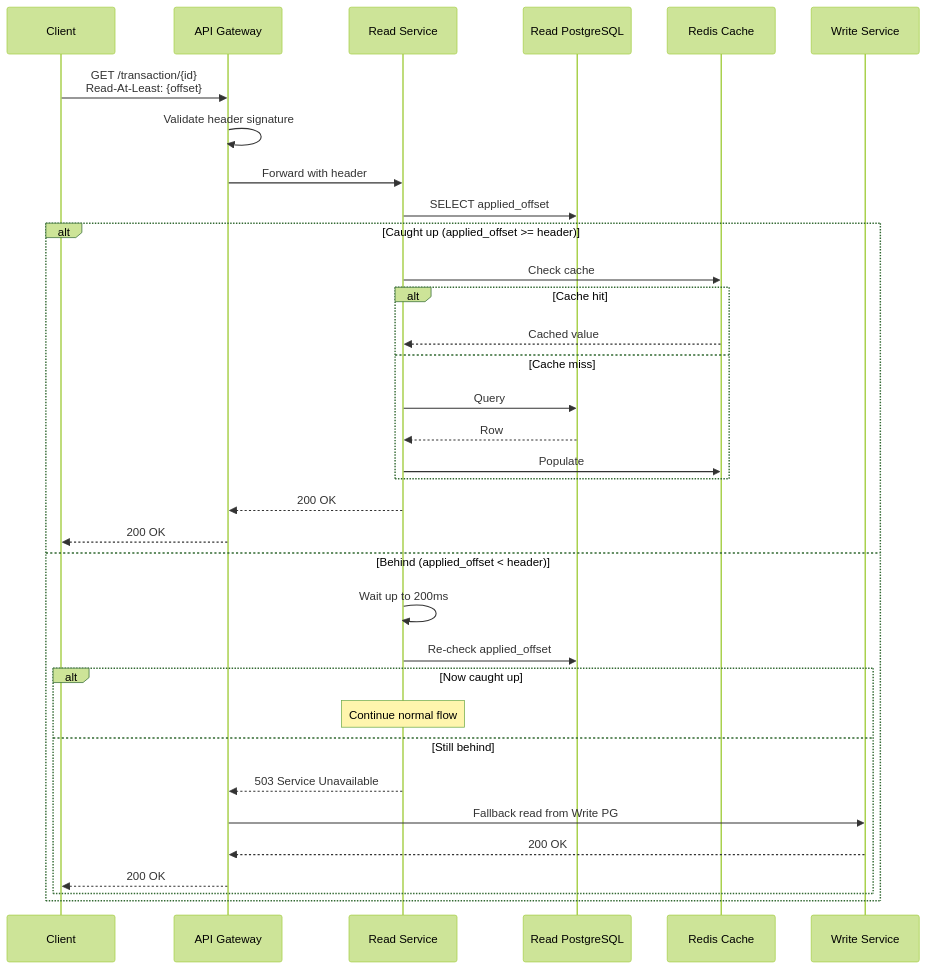
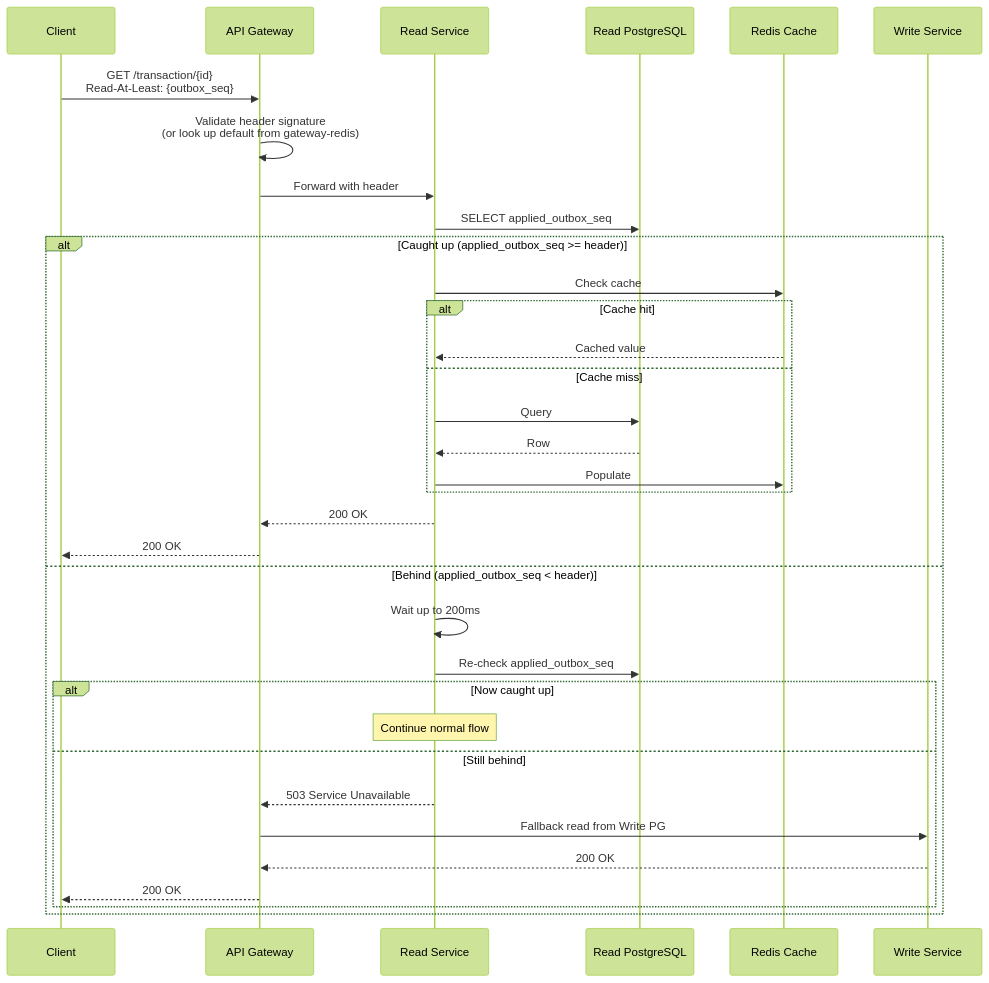
One commit to isoldpower/power-finance-backend changed the third of 5 diagrams in docs/architecture.md. Above: the diagram before and after it, drawn with Mermaid (forest theme). The commit also changed other lines of this file and 152 other files, not shown here.

````diff
--- a/docs/architecture.md
+++ b/docs/architecture.md
@@ -502,38 +513,38 @@
 ```mermaid
 sequenceDiagram
     participant C as Client
     participant GW as API Gateway
     participant RS as Read Service
     participant RPG as Read PostgreSQL
     participant Cache as Redis Cache
     participant WS as Write Service
 
-    C->>GW: GET /transaction/{id}<br/>Read-At-Least: {offset}
-    GW->>GW: Validate header signature
+    C->>GW: GET /transaction/{id}<br/>Read-At-Least: {outbox_seq}
+    GW->>GW: Validate header signature<br/>(or look up default from gateway-redis)
     GW->>RS: Forward with header
 
-    RS->>RPG: SELECT applied_offset
-    alt Caught up (applied_offset >= header)
+    RS->>RPG: SELECT applied_outbox_seq
+    alt Caught up (applied_outbox_seq >= header)
         RS->>Cache: Check cache
         alt Cache hit
             Cache-->>RS: Cached value
         else Cache miss
             RS->>RPG: Query
             RPG-->>RS: Row
             RS->>Cache: Populate
         end
         RS-->>GW: 200 OK
         GW-->>C: 200 OK
-    else Behind (applied_offset < header)
+    else Behind (applied_outbox_seq < header)
         RS->>RS: Wait up to 200ms
-        RS->>RPG: Re-check applied_offset
+        RS->>RPG: Re-check applied_outbox_seq
         alt Now caught up
             Note over RS: Continue normal flow
         else Still behind
             RS-->>GW: 503 Service Unavailable
             GW->>WS: Fallback read from Write PG
             WS-->>GW: 200 OK
             GW-->>C: 200 OK
         end
     end
 ```
````
